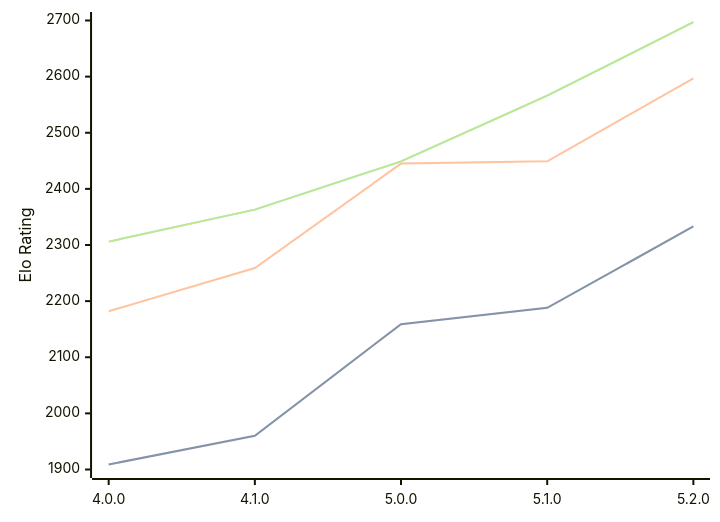
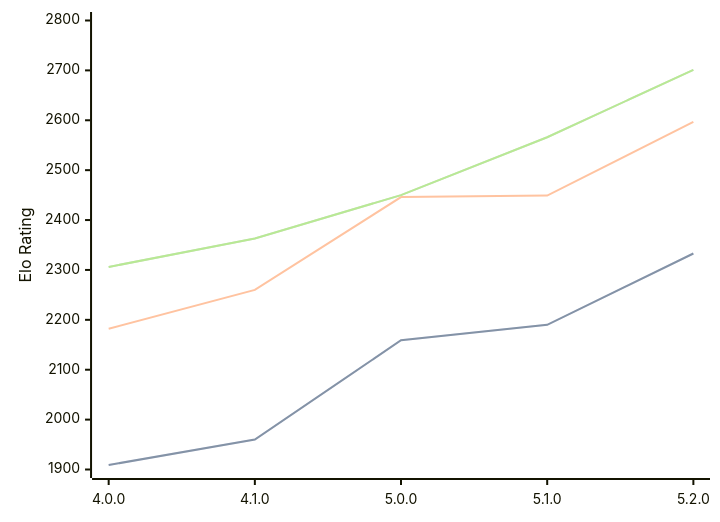
Before and after one commit to computer-chess-index/cci: the diagram in engines/Aconcagua.md, drawn with Mermaid. The commit also changed other lines of this file, not shown here.

Commit message:
Update CCI Ratings (ELO VLTC) - 2026-08-29

````diff
--- a/engines/Aconcagua.md
+++ b/engines/Aconcagua.md
@@ -35,11 +35,11 @@
 ```mermaid
 %%{init: {"theme":"base","themeVariables":{"seriesColors:['#a3a3a3','#222221','#faa371']}}}%%
 xychart-beta
   x-axis ["4.0.0", "4.1.0", "5.0.0", "5.1.0", "5.2.0"]
-  y-axis "Elo Rating" 1900 --> 2700
-  line "" [1909, 1960, 2159, 2188, 2333]
-  line "STC (8.0+0.08s)" [1909, 1960, 2159, 2188, 2333]
-  line "LTC (60.0+0.60s)" [2182, 2259, 2445, 2449, 2597]
-  line "" [2306, 2363, 2449, 2566, 2697]
-  line "VLTC (2m24s+1.12s)" [2306, 2363, 2449, 2566, 2697]
+  y-axis "Elo Rating" 1900 --> 2800
+  line "" [1909, 1960, 2159, 2190, 2333]
+  line "STC (8.0+0.08s)" [1909, 1960, 2159, 2190, 2333]
+  line "LTC (60.0+0.60s)" [2182, 2260, 2446, 2449, 2597]
+  line "" [2306, 2363, 2450, 2566, 2701]
+  line "VLTC (2m24s+1.12s)" [2306, 2363, 2450, 2566, 2701]
 ```
````
